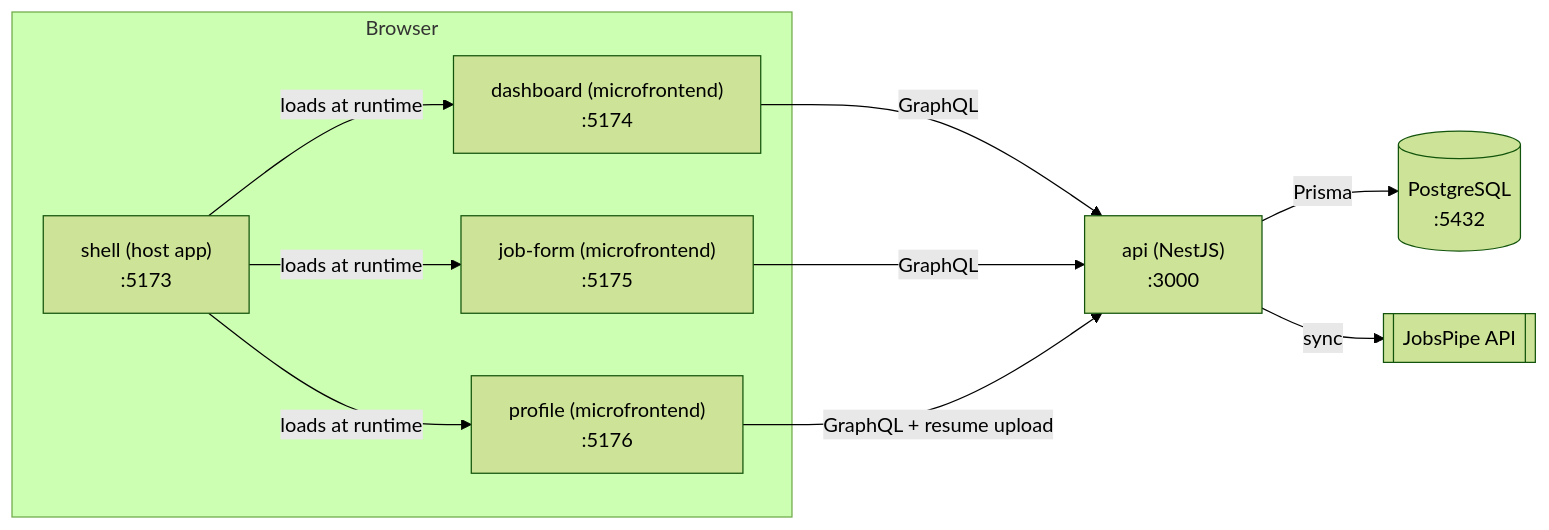
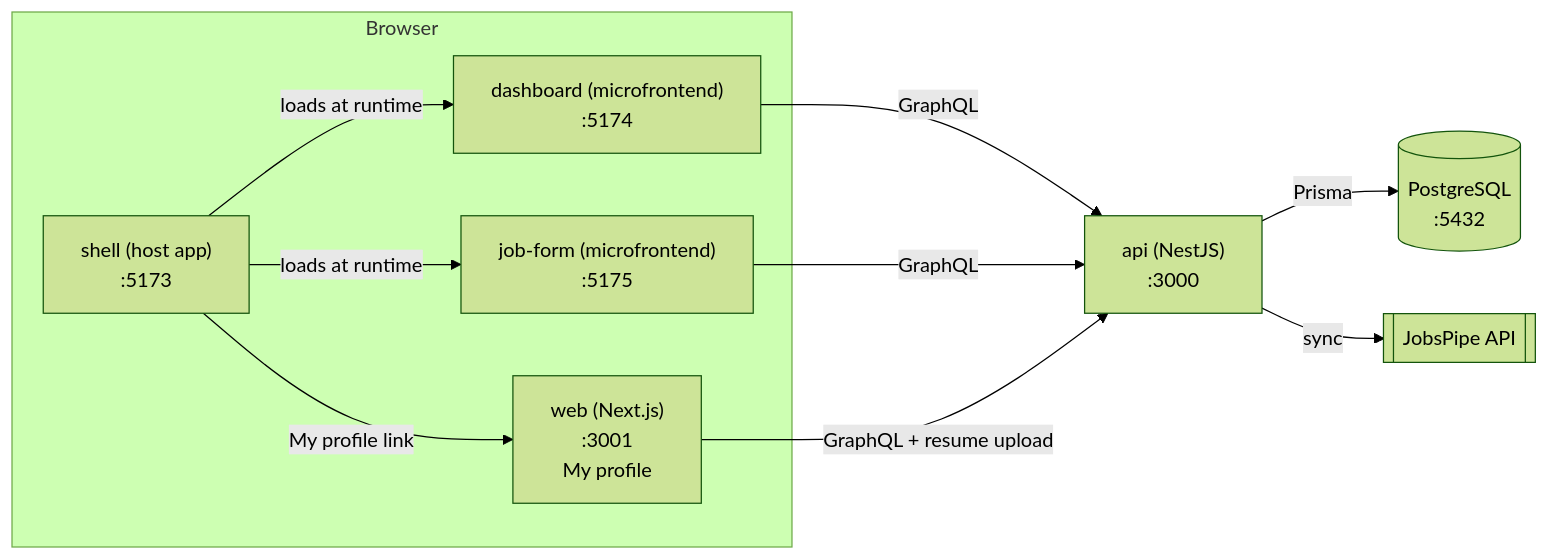
One commit to mohamedfaizel/job-search-dashboard changed the diagram in README.md. Above: the diagram before and after it, drawn with Mermaid (forest theme). The commit also changed other lines of this file and 37 other files, not shown here.

First line of the commit message:
Move My profile into the Next.js app

````diff
--- a/README.md
+++ b/README.md
@@ -11,20 +11,20 @@
 ```mermaid
 flowchart LR
   subgraph Browser
     shell["shell (host app)<br/>:5173"]
     dashboard["dashboard (microfrontend)<br/>:5174"]
     jobForm["job-form (microfrontend)<br/>:5175"]
-    profile["profile (microfrontend)<br/>:5176"]
+    web["web (Next.js)<br/>:3001<br/>My profile"]
     shell -- loads at runtime --> dashboard
     shell -- loads at runtime --> jobForm
-    shell -- loads at runtime --> profile
+    shell -- "My profile" link --> web
   end
   api["api (NestJS)<br/>:3000"]
   db[(PostgreSQL<br/>:5432)]
   jobspipe[[JobsPipe API]]
   dashboard -- GraphQL --> api
   jobForm -- GraphQL --> api
-  profile -- GraphQL + resume upload --> api
+  web -- GraphQL + resume upload --> api
   api -- Prisma --> db
   api -- sync --> jobspipe
 ```
````
